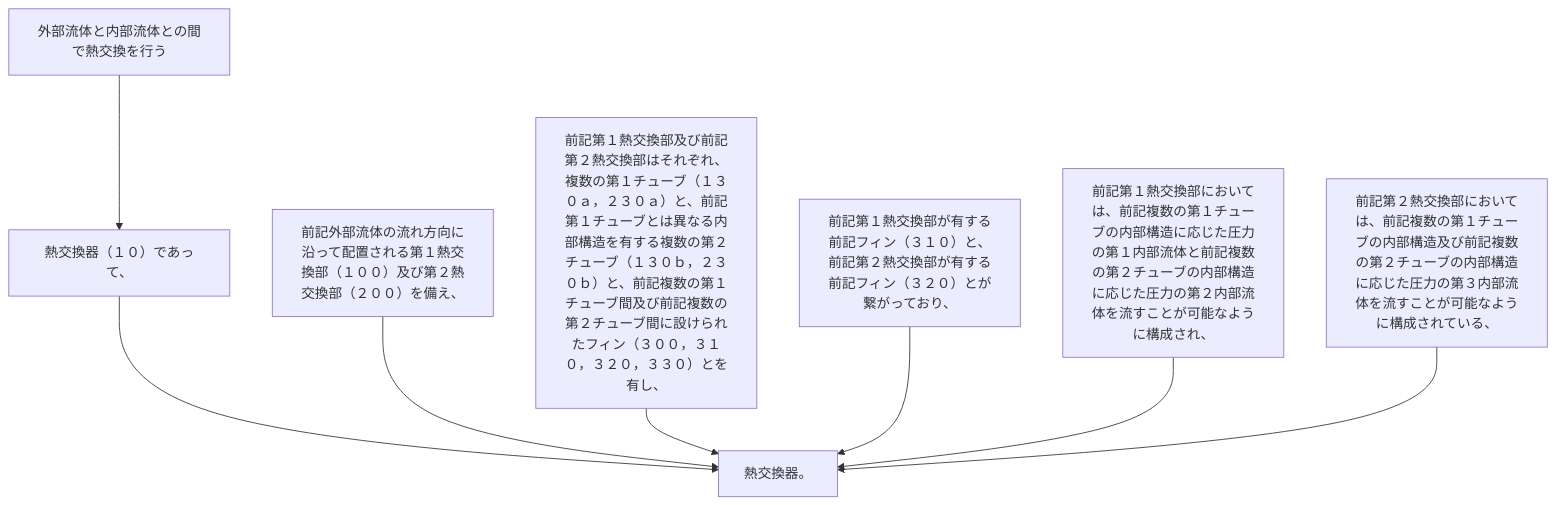
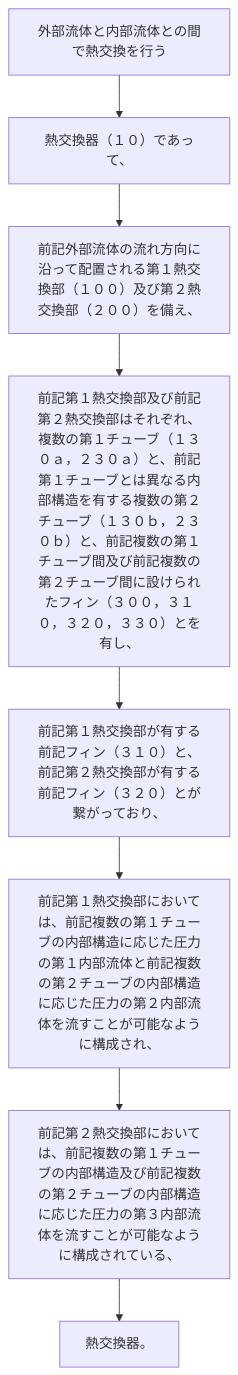
Before and after one commit to shinmori55/patent_analyzed: the diagram in 2024/JP2024007944A/claim_1/claim_1_graph.md, drawn with Mermaid. The commit also changed 3332 other files, not shown here.

````diff
--- a/2024/JP2024007944A/claim_1/claim_1_graph.md
+++ b/2024/JP2024007944A/claim_1/claim_1_graph.md
@@ -1,19 +1,18 @@
 ```mermaid
 flowchart TD
 A[外部流体と内部流体との間で熱交換を行う]
 B[熱交換器（１０）であって、]
 C[前記外部流体の流れ方向に沿って配置される第１熱交換部（１００）及び第２熱交換部（２００）を備え、]
 D[前記第１熱交換部及び前記第２熱交換部はそれぞれ、複数の第１チューブ（１３０ａ，２３０ａ）と、前記第１チューブとは異なる内部構造を有する複数の第２チューブ（１３０ｂ，２３０ｂ）と、前記複数の第１チューブ間及び前記複数の第２チューブ間に設けられたフィン（３００，３１０，３２０，３３０）とを有し、]
 E[前記第１熱交換部が有する前記フィン（３１０）と、前記第２熱交換部が有する前記フィン（３２０）とが繋がっており、]
 F[前記第１熱交換部においては、前記複数の第１チューブの内部構造に応じた圧力の第１内部流体と前記複数の第２チューブの内部構造に応じた圧力の第２内部流体を流すことが可能なように構成され、]
 G[前記第２熱交換部においては、前記複数の第１チューブの内部構造及び前記複数の第２チューブの内部構造に応じた圧力の第３内部流体を流すことが可能なように構成されている、]
 H[熱交換器。]
-
 A --> B
-B --> H
-C --> H
-D --> H
-E --> H
-F --> H
+B --> C
+C --> D
+D --> E
+E --> F
+F --> G
 G --> H
 ```
````
